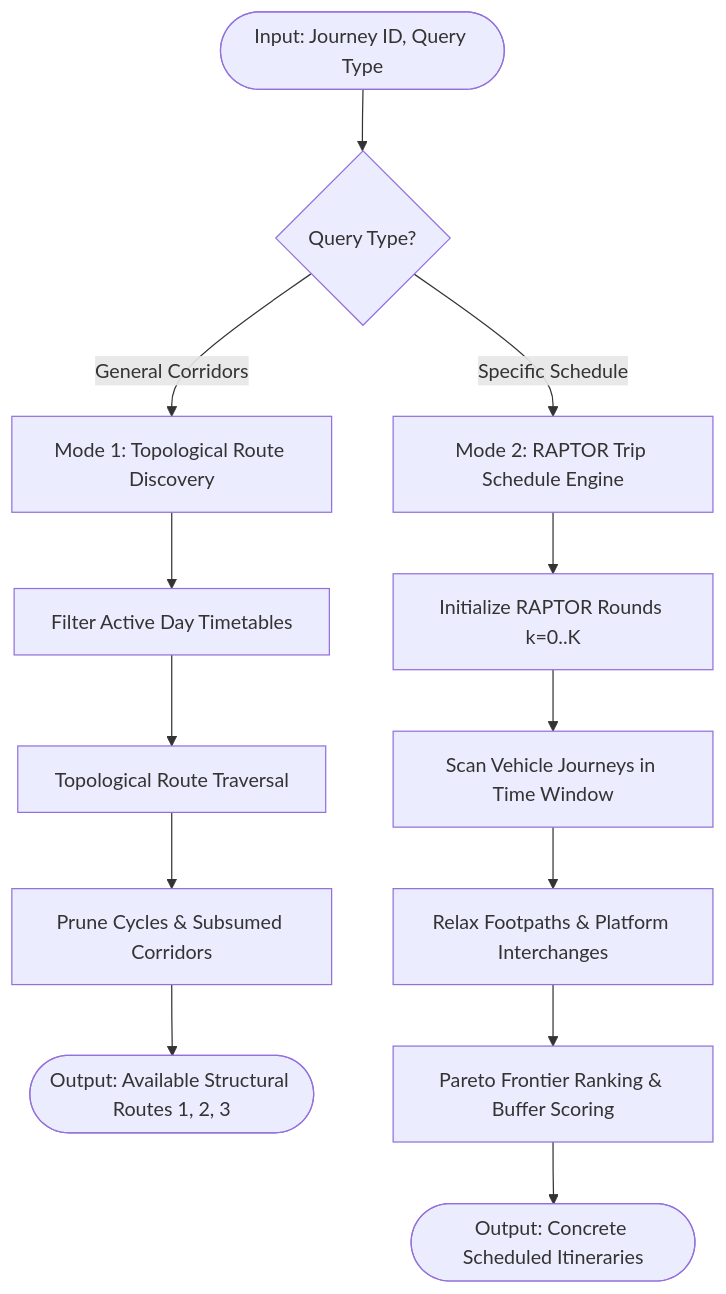
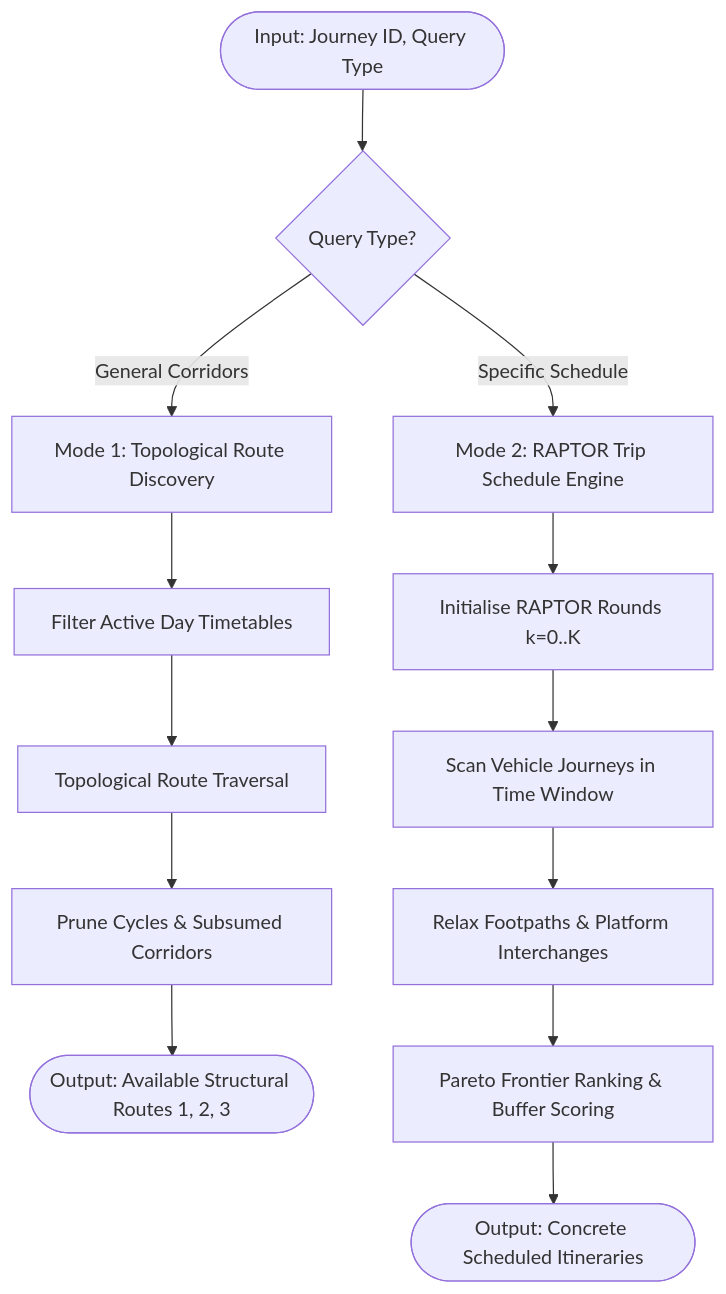
The diagram in docs/architecture/03_journey_routing_and_planning_process.md (stuart-c/travel-assistant), drawn with Mermaid before and after one commit. The commit also changed other lines of this file and 6 other files, not shown here.

````diff
--- a/docs/architecture/03_journey_routing_and_planning_process.md
+++ b/docs/architecture/03_journey_routing_and_planning_process.md
@@ -130,17 +130,17 @@
 ```mermaid
 flowchart TD
     Start([Input: Journey ID, Query Type]) --> Check{Query Type?}
     Check -- General Corridors --> RouteMode[Mode 1: Topological Route Discovery]
     Check -- Specific Schedule --> PlanMode[Mode 2: RAPTOR Trip Schedule Engine]
     
     RouteMode --> CorridorFilter[Filter Active Day Timetables]
     CorridorFilter --> MultiModalDFS[Topological Route Traversal]
     MultiModalDFS --> CorridorPrune[Prune Cycles & Subsumed Corridors]
     CorridorPrune --> RouteOutput([Output: Available Structural Routes 1, 2, 3])
 
-    PlanMode --> InitRAPTOR[Initialize RAPTOR Rounds k=0..K]
+    PlanMode --> InitRAPTOR[Initialise RAPTOR Rounds k=0..K]
     InitRAPTOR --> ScanTrips[Scan Vehicle Journeys in Time Window]
     ScanTrips --> RelaxTransfers[Relax Footpaths & Platform Interchanges]
     RelaxTransfers --> ParetoFrontier[Pareto Frontier Ranking & Buffer Scoring]
     ParetoFrontier --> PlanOutput([Output: Concrete Scheduled Itineraries])
 ```
````
